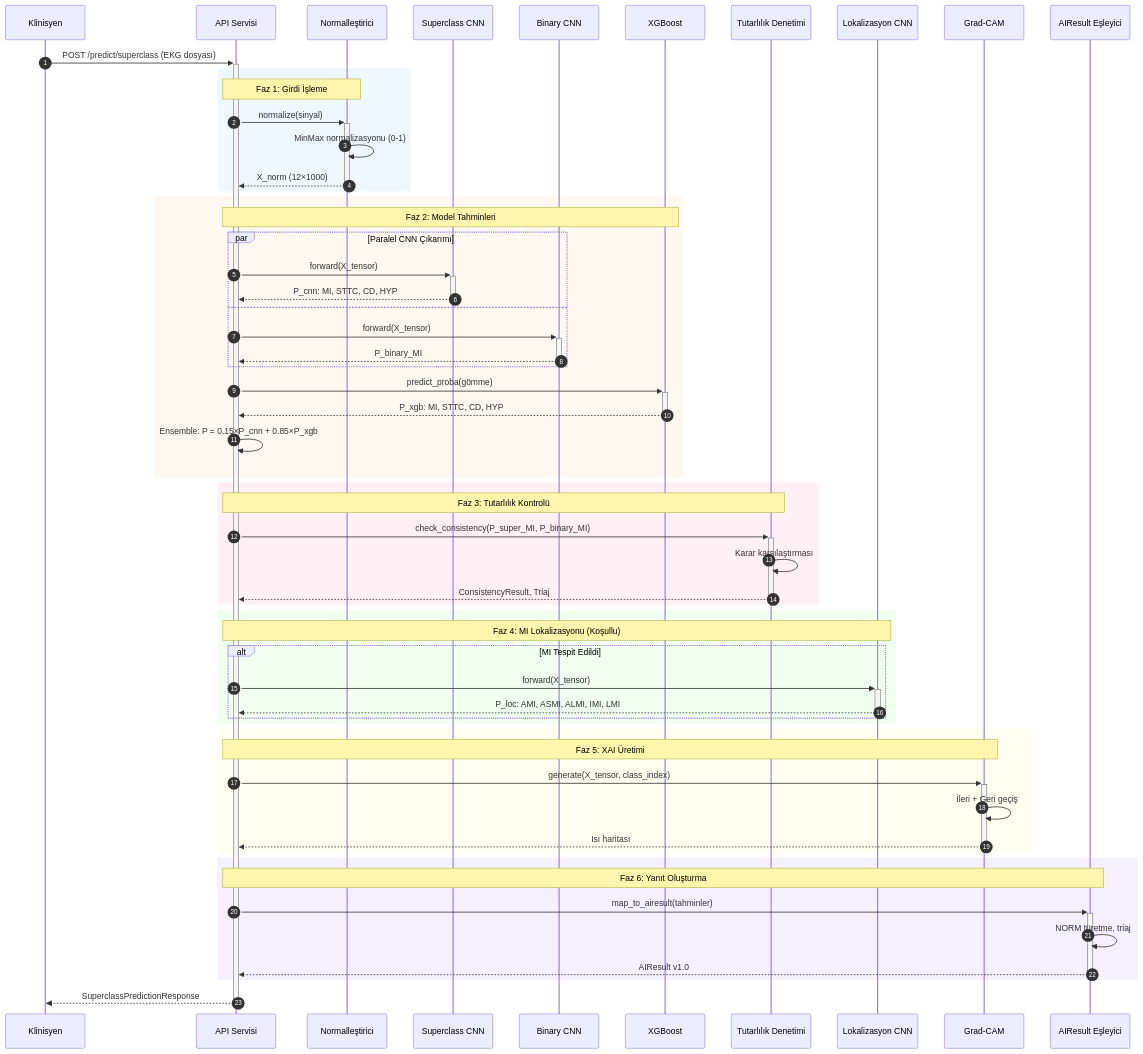
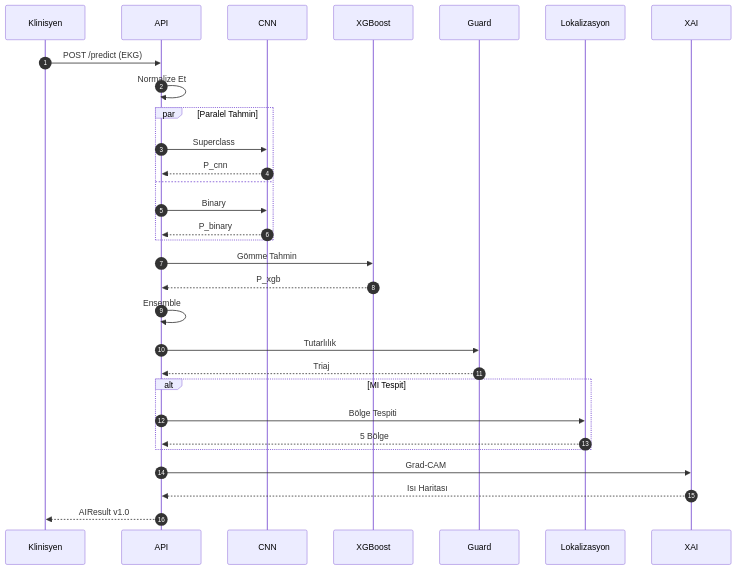
One commit to mUsaulug/CardioGuard-AI changed the first of 9 diagrams in docs/diagrams/06_sequence_diagram.md. Above: the diagram before and after it, drawn with Mermaid. The commit also changed other lines of this file and 5 other files, not shown here.

````diff
--- a/docs/diagrams/06_sequence_diagram.md
+++ b/docs/diagrams/06_sequence_diagram.md
@@ -29,70 +20,39 @@
 ```mermaid
 sequenceDiagram
     autonumber
-    participant Klinisyen
-    participant API as API Servisi
-    participant Norm as Normalleştirici
-    participant SuperCNN as Superclass CNN
-    participant BinaryCNN as Binary CNN
+    participant K as Klinisyen
+    participant API
+    participant CNN
     participant XGB as XGBoost
-    participant Guard as Tutarlılık Denetimi
-    participant LocCNN as Lokalizasyon CNN
-    participant XAI as Grad-CAM
-    participant Mapper as AIResult Eşleyici
+    participant Guard
+    participant Loc as Lokalizasyon
+    participant XAI
     
-    Klinisyen->>+API: POST /predict/superclass (EKG dosyası)
+    K->>API: POST /predict (EKG)
+    API->>API: Normalize Et
     
-    rect rgb(240, 248, 255)
-        Note over API, Norm: Faz 1: Girdi İşleme
-        API->>+Norm: normalize(sinyal)
-        Norm->>Norm: MinMax normalizasyonu (0-1)
-        Norm-->>-API: X_norm (12×1000)
+    par Paralel Tahmin
+        API->>CNN: Superclass
+        CNN-->>API: P_cnn
+    and
+        API->>CNN: Binary
+        CNN-->>API: P_binary
     end
     
-    rect rgb(255, 248, 240)
-        Note over API, XGB: Faz 2: Model Tahminleri
-        par Paralel CNN Çıkarımı
-            API->>+SuperCNN: forward(X_tensor)
-            SuperCNN-->>-API: P_cnn: MI, STTC, CD, HYP
-        and
-            API->>+BinaryCNN: forward(X_tensor)
-            BinaryCNN-->>-API: P_binary_MI
-        end
-        
-        API->>+XGB: predict_proba(gömme)
-        XGB-->>-API: P_xgb: MI, STTC, CD, HYP
-        
-        API->>API: Ensemble: P = 0.15×P_cnn + 0.85×P_xgb
+    API->>XGB: Gömme Tahmin
+    XGB-->>API: P_xgb
+    
+    API->>API: Ensemble
+    API->>Guard: Tutarlılık
+    Guard-->>API: Triaj
+    
+    alt MI Tespit
+        API->>Loc: Bölge Tespiti
+        Loc-->>API: 5 Bölge
     end
     
-    rect rgb(255, 240, 245)
-        Note over API, Guard: Faz 3: Tutarlılık Kontrolü
-        API->>+Guard: check_consistency(P_super_MI, P_binary_MI)
-        Guard->>Guard: Karar karşılaştırması
-        Guard-->>-API: ConsistencyResult, Triaj
-    end
+    API->>XAI: Grad-CAM
+    XAI-->>API: Isı Haritası
     
-    rect rgb(240, 255, 240)
-        Note over API, LocCNN: Faz 4: MI Lokalizasyonu (Koşullu)
-        alt MI Tespit Edildi
-            API->>+LocCNN: forward(X_tensor)
-            LocCNN-->>-API: P_loc: AMI, ASMI, ALMI, IMI, LMI
-        end
-    end
-    
-    rect rgb(255, 255, 240)
-        Note over API, XAI: Faz 5: XAI Üretimi
-        API->>+XAI: generate(X_tensor, class_index)
-        XAI->>XAI: İleri + Geri geçiş
-        XAI-->>-API: Isı haritası
-    end
-    
-    rect rgb(245, 240, 255)
-        Note over API, Mapper: Faz 6: Yanıt Oluşturma
-        API->>+Mapper: map_to_airesult(tahminler)
-        Mapper->>Mapper: NORM türetme, triaj
-        Mapper-->>-API: AIResult v1.0
-    end
-    
-    API-->>-Klinisyen: SuperclassPredictionResponse
+    API-->>K: AIResult v1.0
 ```
````
